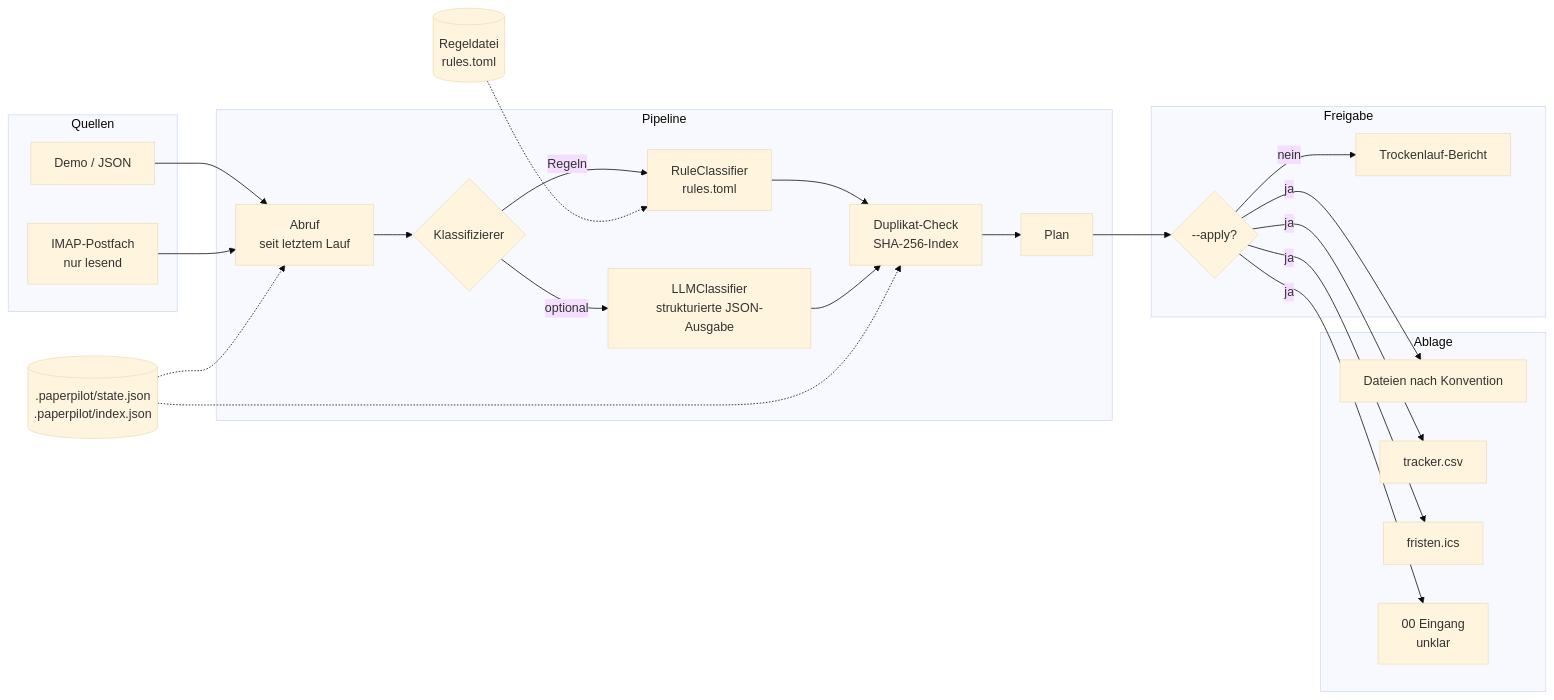
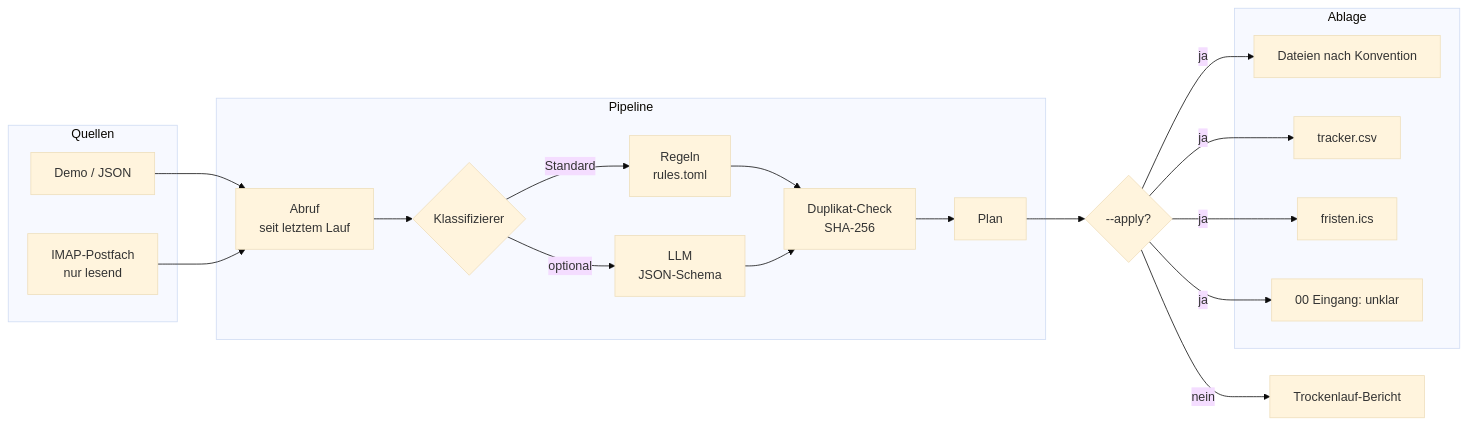
Before and after one commit to trais92/paperpilot: the diagram in README.md, drawn with Mermaid (base theme). The commit also changed other lines of this file and 6 other files, not shown here.

First line of the commit message:
Doku: README überarbeitet, docs/ (Architektur, Konfiguration, Evaluation, Roadmap), Übergabe in CLAUDE.md, CHANGELOG

````diff
--- a/README.md
+++ b/README.md
@@ -66,30 +81,26 @@
 ```mermaid
 flowchart LR
     subgraph Quellen
         J[Demo / JSON]
         I[IMAP-Postfach<br/>nur lesend]
     end
     subgraph Pipeline
         F[Abruf<br/>seit letztem Lauf] --> C{Klassifizierer}
-        C -->|Regeln| R[RuleClassifier<br/>rules.toml]
-        C -->|optional| L[LLMClassifier<br/>strukturierte JSON-Ausgabe]
-        R --> D[Duplikat-Check<br/>SHA-256-Index]
+        C -->|Standard| R[Regeln<br/>rules.toml]
+        C -->|optional| L[LLM<br/>JSON-Schema]
+        R --> D[Duplikat-Check<br/>SHA-256]
         L --> D
         D --> P[Plan]
     end
-    subgraph Freigabe
-        P --> H{--apply?}
-        H -->|nein| T[Trockenlauf-Bericht]
+    P --> H{--apply?}
+    H -->|nein| T[Trockenlauf-Bericht]
+    subgraph Ablage
+        A[Dateien nach Konvention]
+        K[tracker.csv]
+        X[fristen.ics]
+        E[00 Eingang: unklar]
     end
-    subgraph Ablage
-        H -->|ja| A[Dateien nach Konvention]
-        H -->|ja| K[tracker.csv]
-        H -->|ja| X[fristen.ics]
-        H -->|ja| E[00 Eingang<br/>unklar]
-    end
+    H -->|ja| A & K & X & E
     J --> F
     I --> F
-    M[(Regeldatei<br/>rules.toml)] -.-> R
-    S[(.paperpilot/state.json<br/>.paperpilot/index.json)] -.-> F
-    S -.-> D
 ```
````
